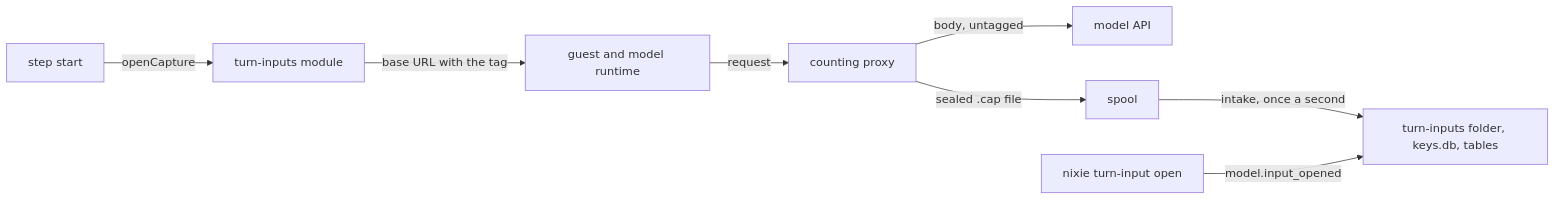
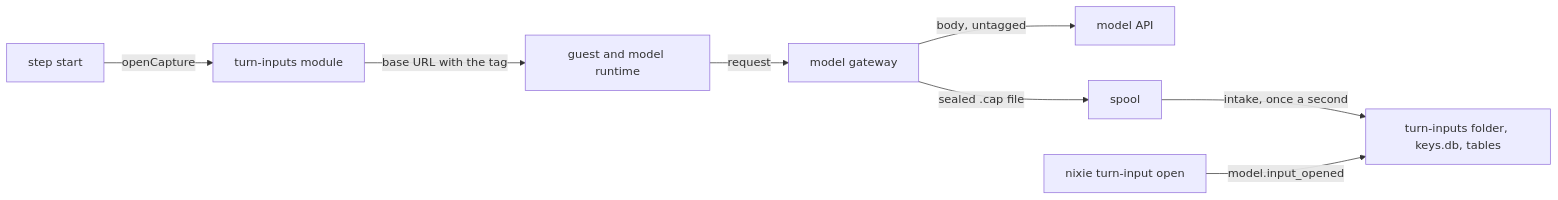
One commit to zgeoff/nixie changed the diagram in docs/design/queue/turn-input-log.md. Above: the diagram before and after it, drawn with Mermaid. The commit also changed other lines of this file and 95 other files, not shown here.

````diff
--- a/docs/design/queue/turn-input-log.md
+++ b/docs/design/queue/turn-input-log.md
@@ -31,10 +31,10 @@
 ```mermaid
 flowchart LR
   step[step start] -->|openCapture| mod[turn-inputs module]
   mod -->|"base URL with the tag"| guest[guest and model runtime]
-  guest -->|request| proxy[counting proxy]
-  proxy -->|"body, untagged"| api[model API]
-  proxy -->|"sealed .cap file"| spool
+  guest -->|request| gateway[model gateway]
+  gateway -->|"body, untagged"| api[model API]
+  gateway -->|"sealed .cap file"| spool
   spool -->|"intake, once a second"| store["turn-inputs folder, keys.db, tables"]
   host[nixie turn-input open] -->|"model.input_opened"| store
 ```
````
